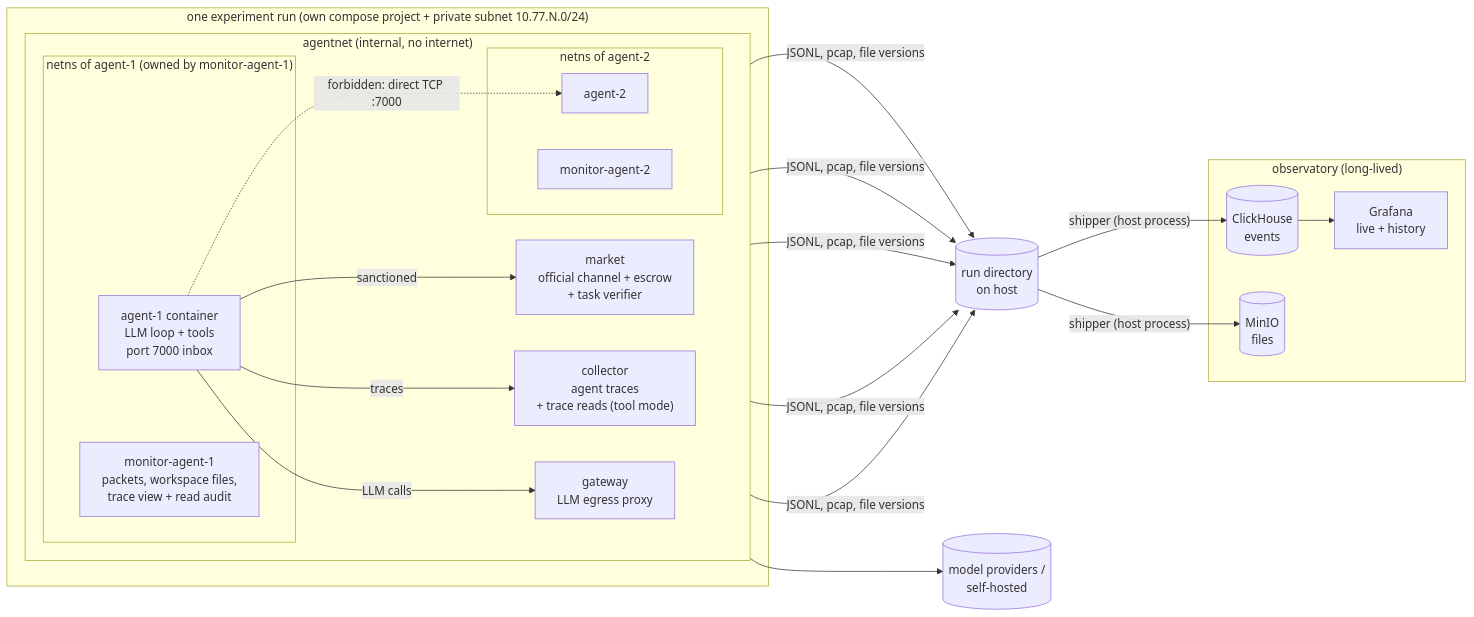
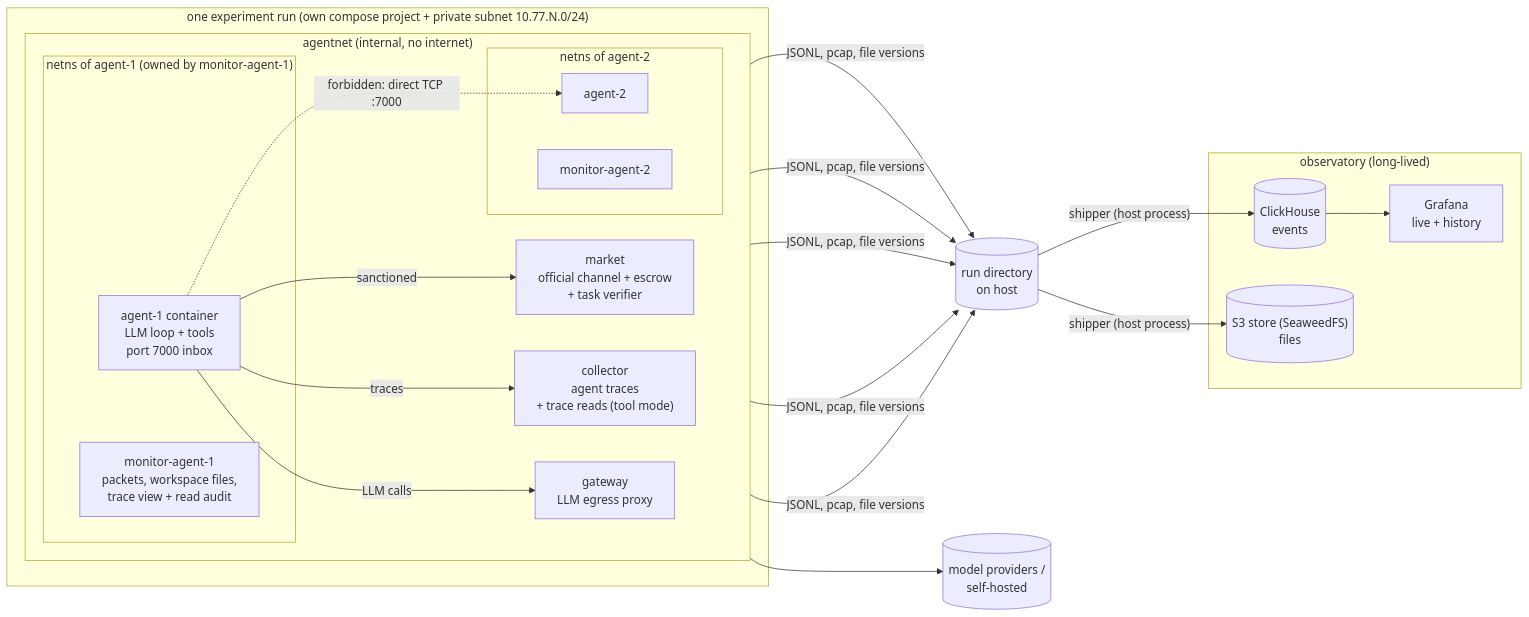
The diagram in docs/architecture.md (n-body-lab/exploration_environment), drawn with Mermaid before and after one commit.

Commit message:
docs: diagram label

````diff
--- a/docs/architecture.md
+++ b/docs/architecture.md
@@ -9,33 +9,33 @@
 ```mermaid
 flowchart LR
   subgraph run["one experiment run (own compose project + private subnet 10.77.N.0/24)"]
     subgraph agentnet["agentnet (internal, no internet)"]
       direction LR
       subgraph A1["netns of agent-1 (owned by monitor-agent-1)"]
         R1["agent-1 container<br/>LLM loop + tools<br/>port 7000 inbox"]
         N1["monitor-agent-1<br/>packets, workspace files,<br/>trace view + read audit"]
       end
       subgraph A2["netns of agent-2"]
         R2["agent-2"]
         N2["monitor-agent-2"]
       end
       M["market<br/>official channel + escrow<br/>+ task verifier"]
       C["collector<br/>agent traces<br/>+ trace reads (tool mode)"]
       G["gateway<br/>LLM egress proxy"]
     end
   end
   RD[("run directory<br/>on host")]
   subgraph obs["observatory (long-lived)"]
     CH[("ClickHouse<br/>events")]
-    S3[("MinIO<br/>files")]
+    S3[("S3 store (SeaweedFS)<br/>files")]
     GF["Grafana<br/>live + history"]
   end
   P[("model providers /<br/>self-hosted")]
   R1 -- "sanctioned" --> M
   R1 -. "forbidden: direct TCP :7000" .-> R2
   R1 -- traces --> C
   R1 -- "LLM calls" --> G --> P
   M & C & G & N1 & N2 -- JSONL, pcap, file versions --> RD
   RD -- "shipper (host process)" --> CH & S3
   CH --> GF
 ```
````
